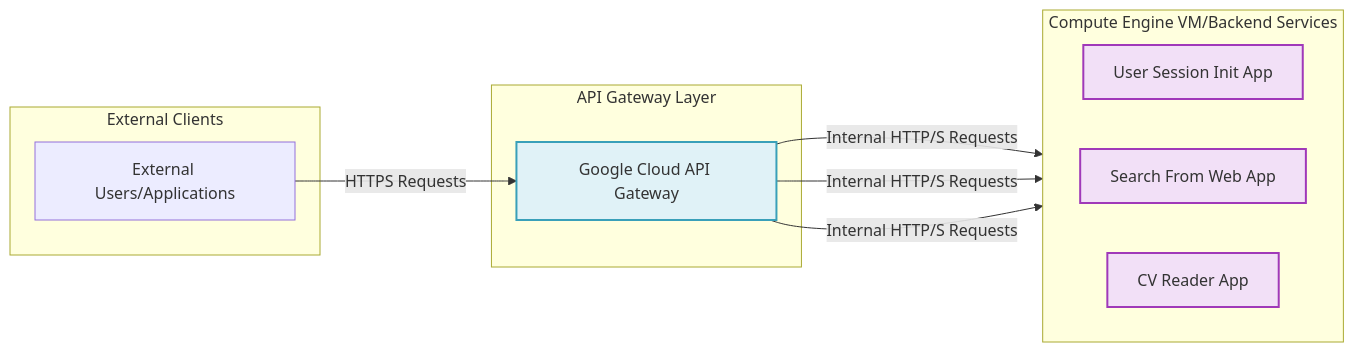
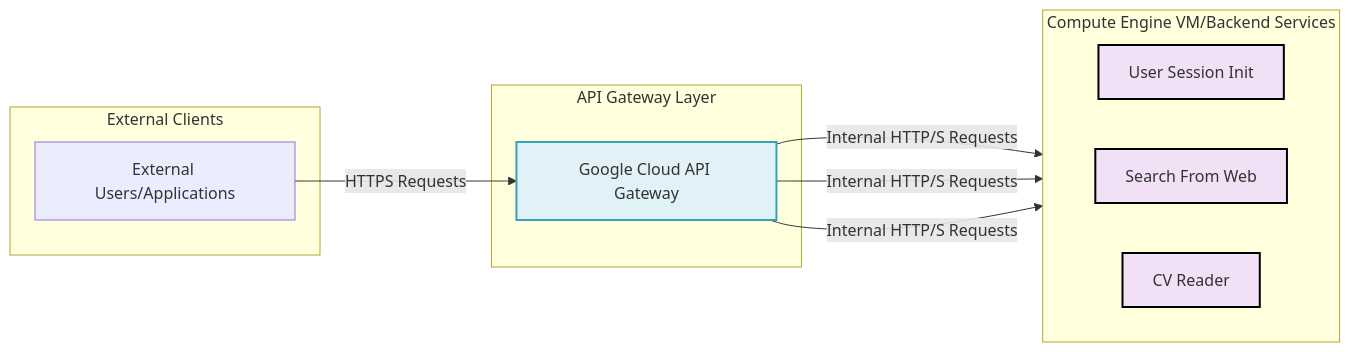
The diagram in docs/gateway.md (KarreraAI/knowledge-base), drawn with Mermaid before and after one commit. The commit also changed other lines of this file, not shown here.

Commit message:
small changes in API Gateway documentation

````diff
--- a/docs/gateway.md
+++ b/docs/gateway.md
@@ -33,29 +33,29 @@
 ```mermaid
 graph LR
     subgraph External Clients
         A[External Users/Applications]
     end
 
     subgraph API Gateway Layer
         B[Google Cloud API Gateway]
     end
 
     subgraph Compute Engine VM/Backend Services
         direction LR
-        C1[User Session Init App]
-        C2[Search From Web App]
-        C3[CV Reader App]
+        C1[User Session Init]
+        C2[Search From Web ]
+        C3[CV Reader]
     end
 
     A -- HTTPS Requests --> B
 
     B -- Internal HTTP/S Requests --> C1
     B -- Internal HTTP/S Requests --> C2
     B -- Internal HTTP/S Requests --> C3
 
     style B fill:#e0f2f7,stroke:#39a0b9,stroke-width:2px
-    style C1 fill:#f2e0f7,stroke:#a039b9,stroke-width:2px
-    style C2 fill:#f2e0f7,stroke:#a039b9,stroke-width:2px
-    style C3 fill:#f2e0f7,stroke:#a039b9,stroke-width:2px
+    style C1 fill:#f2e0f7,stroke:#000000,stroke-width:2px
+    style C2 fill:#f2e0f7,stroke:#000000,stroke-width:2px
+    style C3 fill:#f2e0f7,stroke:#000000,stroke-width:2px
 
 ```
````
